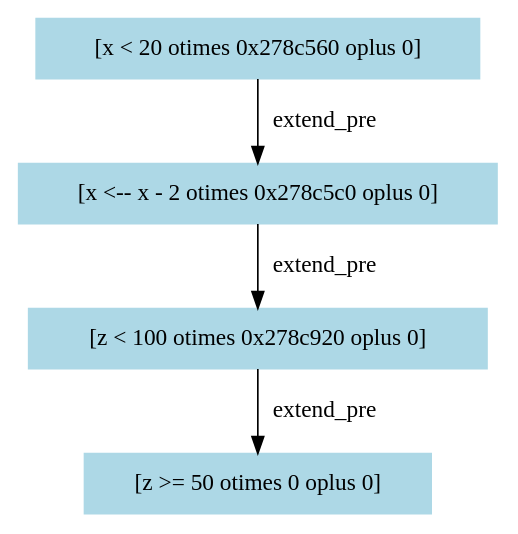
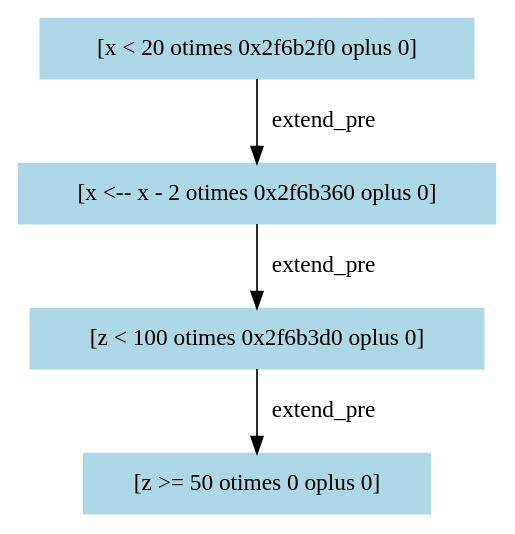
One commit to RangerBu/st-checker changed the diagram in outputs/weights-graphs/14.dot. Above: the diagram before and after it, drawn with Graphviz. The commit also changed 64 other files, not shown here.

```diff
--- a/outputs/weights-graphs/14.dot
+++ b/outputs/weights-graphs/14.dot
@@ -1,9 +1,9 @@
 digraph "[x := 20]" {
-"0x278c500" [label="[x < 20 otimes 0x278c560 oplus 0]", color=lightblue,style=filled,shape=box]
-"0x278c500" -> "0x278c560" [label=extend_pre,color=black]
-"0x278c560" [label="[x <-- x - 2 otimes 0x278c5c0 oplus 0]", color=lightblue,style=filled,shape=box]
-"0x278c560" -> "0x278c5c0" [label=extend_pre,color=black]
-"0x278c5c0" [label="[z < 100 otimes 0x278c920 oplus 0]", color=lightblue,style=filled,shape=box]
-"0x278c5c0" -> "0x278c920" [label=extend_pre,color=black]
-"0x278c920" [label="[z >= 50 otimes 0 oplus 0]", color=lightblue,style=filled,shape=box]
+"0x2f6b280" [label="[x < 20 otimes 0x2f6b2f0 oplus 0]", color=lightblue,style=filled,shape=box]
+"0x2f6b280" -> "0x2f6b2f0" [label=extend_pre,color=black]
+"0x2f6b2f0" [label="[x <-- x - 2 otimes 0x2f6b360 oplus 0]", color=lightblue,style=filled,shape=box]
+"0x2f6b2f0" -> "0x2f6b360" [label=extend_pre,color=black]
+"0x2f6b360" [label="[z < 100 otimes 0x2f6b3d0 oplus 0]", color=lightblue,style=filled,shape=box]
+"0x2f6b360" -> "0x2f6b3d0" [label=extend_pre,color=black]
+"0x2f6b3d0" [label="[z >= 50 otimes 0 oplus 0]", color=lightblue,style=filled,shape=box]
 }
```
